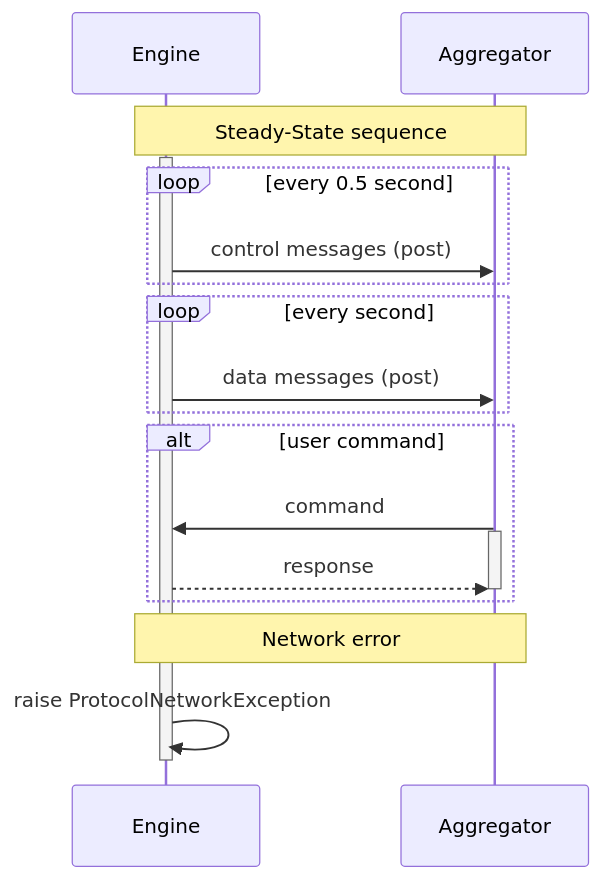
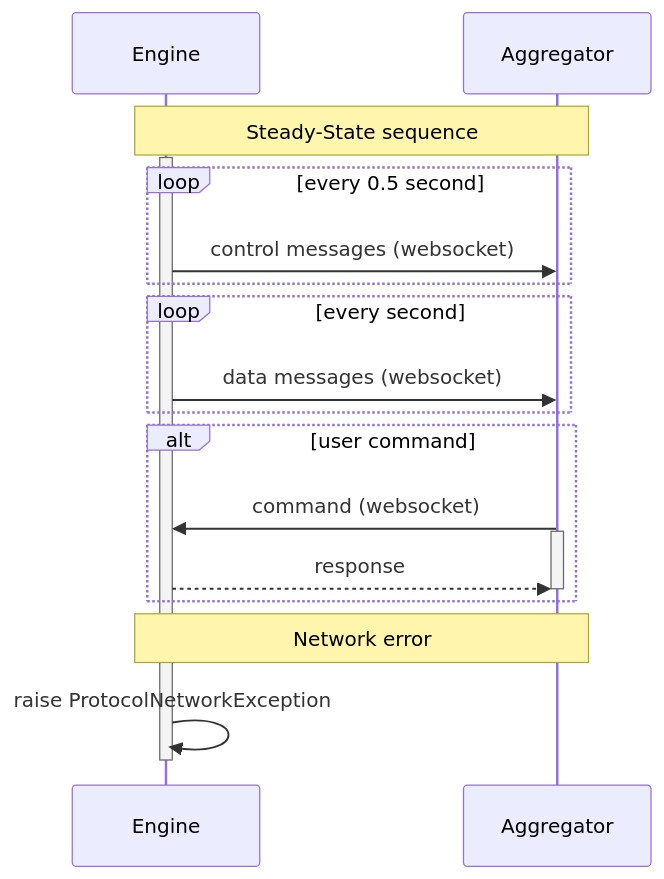
Before and after one commit to Open-Pectus/Open-Pectus: the second of 4 diagrams in ERROR_RECOVERY.md, drawn with Mermaid. The commit also changed 2 other files, not shown here.

Commit message:
Update documentation for modified protocol

````diff
--- a/ERROR_RECOVERY.md
+++ b/ERROR_RECOVERY.md
@@ -139,26 +139,26 @@
 ```mermaid
 sequenceDiagram
   participant E as Engine
   participant A as Aggregator
 
   Note over E, A: Steady-State sequence
   activate E
   loop every 0.5 second
-      E ->> A: control messages (post)
+      E ->> A: control messages (websocket)
   end
   loop every second
-      E ->> A: data messages (post)
+      E ->> A: data messages (websocket)
   end
 
   alt user command
-    A ->> E: command
+    A ->> E: command (websocket)
     activate A
     E -->> A: response
     deactivate A
   end
 
   Note over E, A: Network error
   E ->> E: raise ProtocolNetworkException
 
   deactivate E
 ```
````
